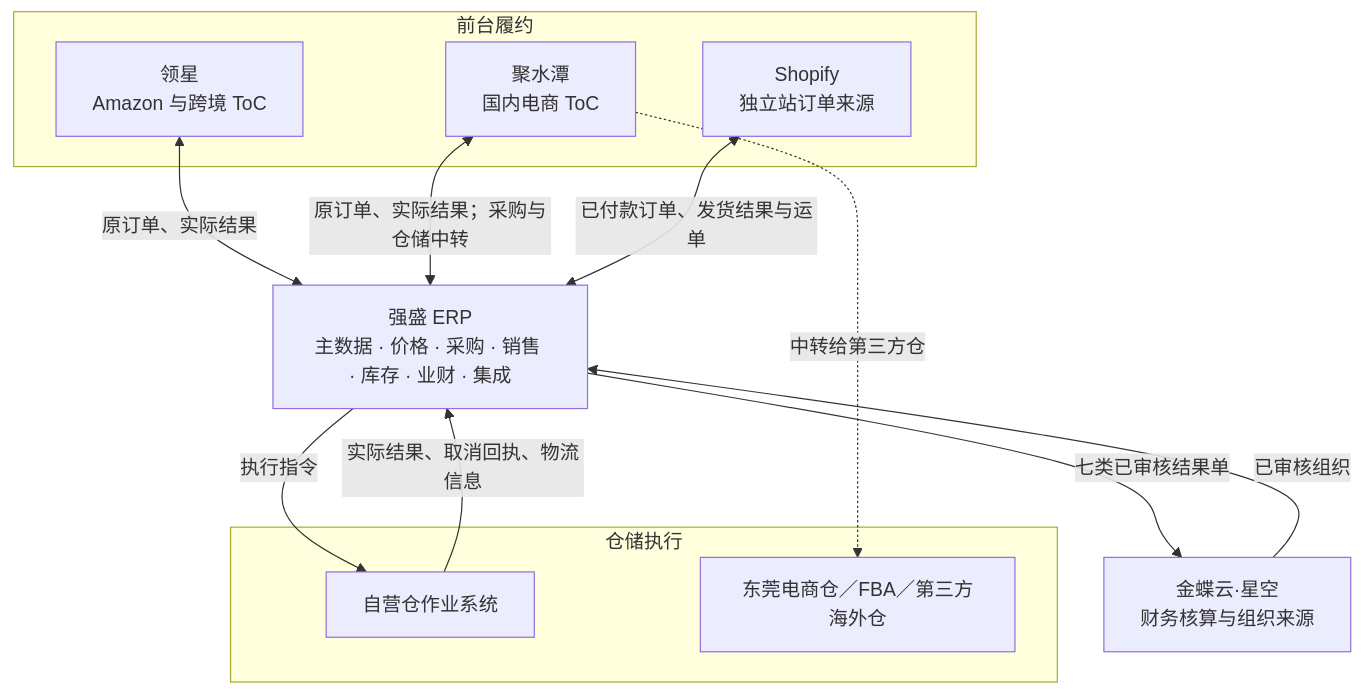
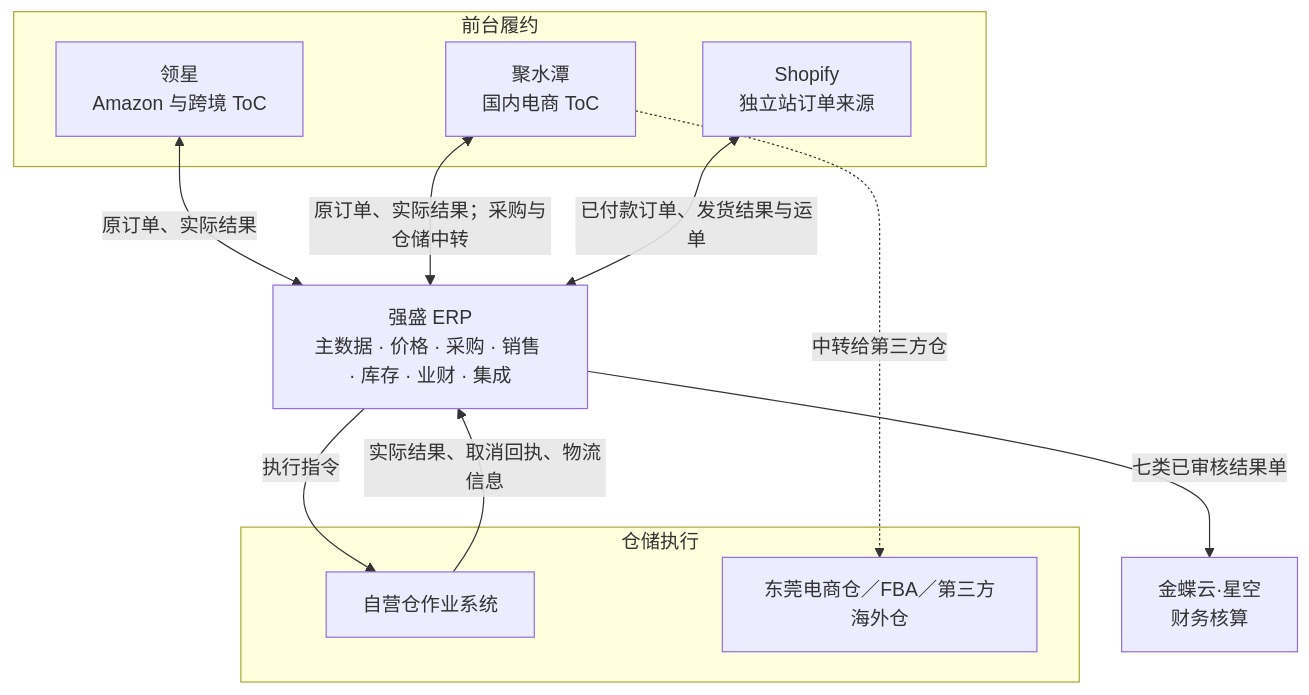
Before and after one commit to TopVitamin/QS-ERP-Project: the first of 2 diagrams in 04-产品设计方案/20260812-ERP项目第一版框架搭建/系统架构和流程/00-系统与模块地图.md, drawn with Mermaid. The commit also changed other lines of this file and 46 other files, not shown here.

````diff
--- a/04-产品设计方案/20260812-ERP项目第一版框架搭建/系统架构和流程/00-系统与模块地图.md
+++ b/04-产品设计方案/20260812-ERP项目第一版框架搭建/系统架构和流程/00-系统与模块地图.md
@@ -10,23 +10,22 @@
 ```mermaid
 flowchart TB
     subgraph 前台履约
         LS[领星<br/>Amazon 与跨境 ToC]
         JST[聚水潭<br/>国内电商 ToC]
         SH[Shopify<br/>独立站订单来源]
     end
     subgraph 仓储执行
         WMS[自营仓作业系统]
         TPL[东莞电商仓／FBA／第三方海外仓]
     end
-    KD[金蝶云·星空<br/>财务核算与组织来源]
+    KD[金蝶云·星空<br/>财务核算]
     ERP[强盛 ERP<br/>主数据 · 价格 · 采购 · 销售 · 库存 · 业财 · 集成]
 
     LS <-->|原订单、实际结果| ERP
     JST <-->|原订单、实际结果；采购与仓储中转| ERP
     SH <-->|已付款订单、发货结果与运单| ERP
     ERP -->|执行指令| WMS
     WMS -->|实际结果、取消回执、物流信息| ERP
     JST -.->|中转给第三方仓| TPL
     ERP -->|七类已审核结果单| KD
-    KD -->|已审核组织| ERP
 ```
````
